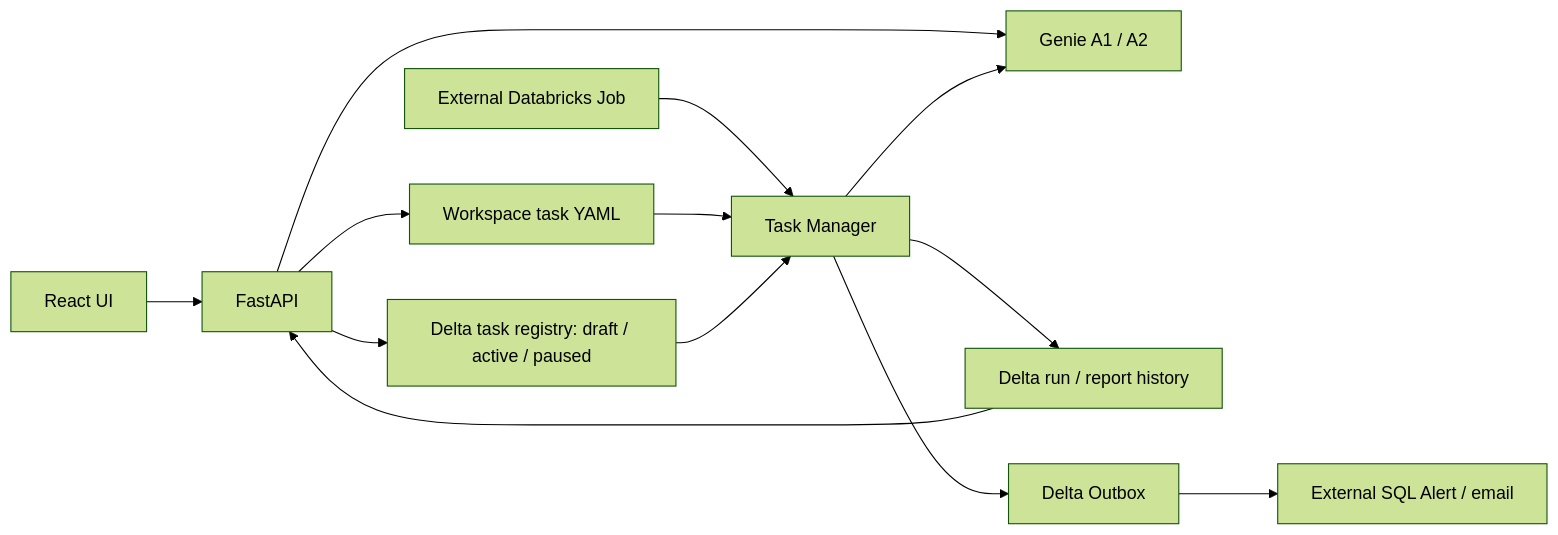
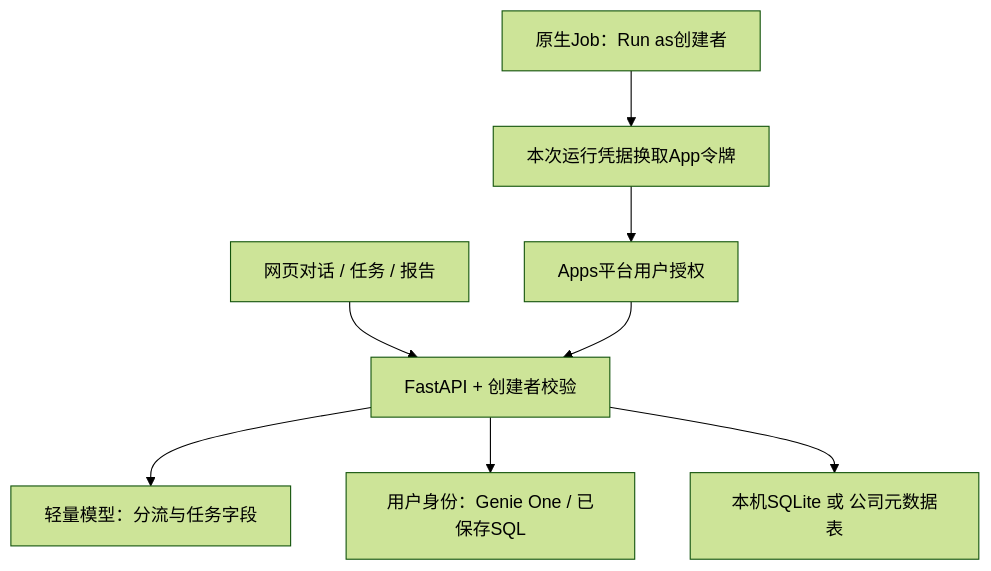
Before and after one commit to lithoma/business-ai-hub: the diagram in README.md, drawn with Mermaid (forest theme). The commit also changed other lines of this file and 94 other files, not shown here.

````diff
--- a/README.md
+++ b/README.md
@@ -53,15 +46,10 @@
 ```mermaid
-flowchart LR
-  UI[React UI] --> API[FastAPI]
-  API --> Genie[Genie A1 / A2]
-  API --> YAML[Workspace task YAML]
-  API --> Registry[Delta task registry: draft / active / paused]
-  Job[External Databricks Job] --> Engine[Task Manager]
-  YAML --> Engine
-  Engine --> Genie
-  Registry --> Engine
-  Engine --> History[Delta run / report history]
-  History --> API
-  Engine --> Outbox[Delta Outbox]
-  Outbox --> Alert[External SQL Alert / email]
+flowchart TD
+  UI[网页对话 / 任务 / 报告] --> API[FastAPI + 创建者校验]
+  API --> Router[轻量模型：分流与任务字段]
+  API --> Business[用户身份：Genie One / 已保存SQL]
+  API --> Store[本机SQLite 或 公司元数据表]
+  Job[原生Job：Run as创建者] --> Token[本次运行凭据换取App令牌]
+  Token --> Apps[Apps平台用户授权]
+  Apps --> API
 ```
````
